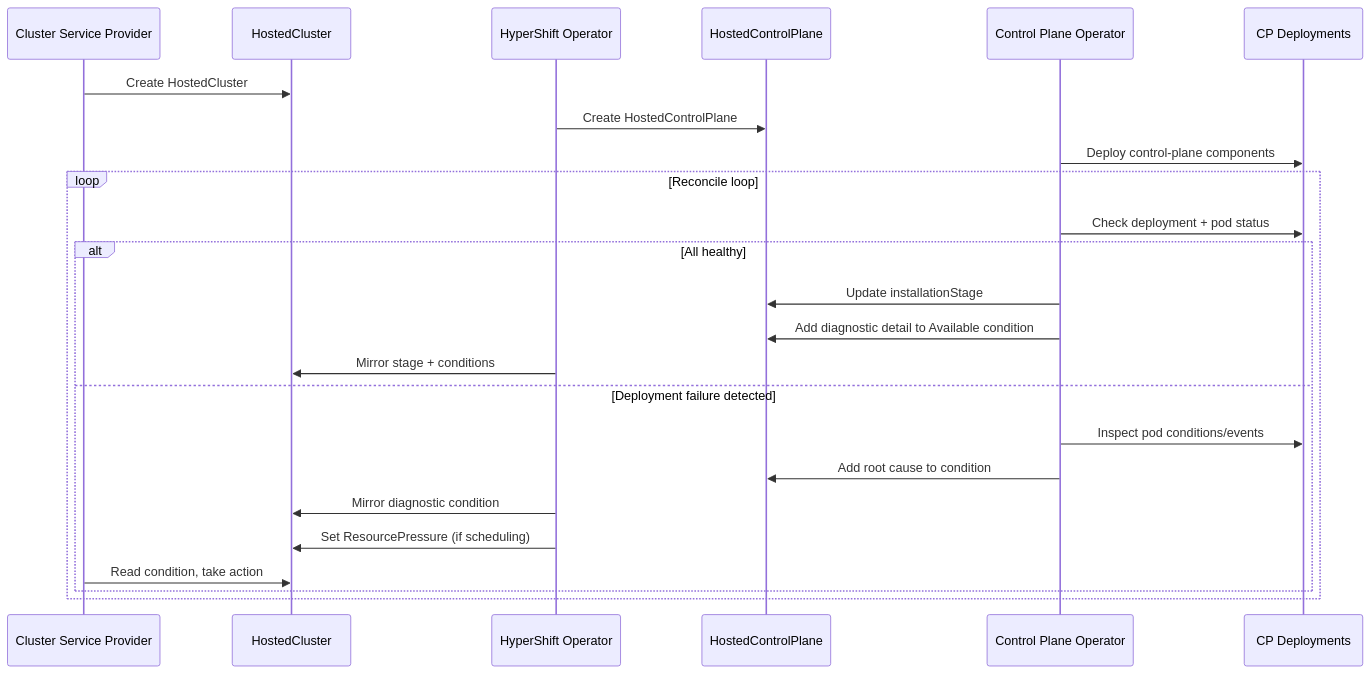
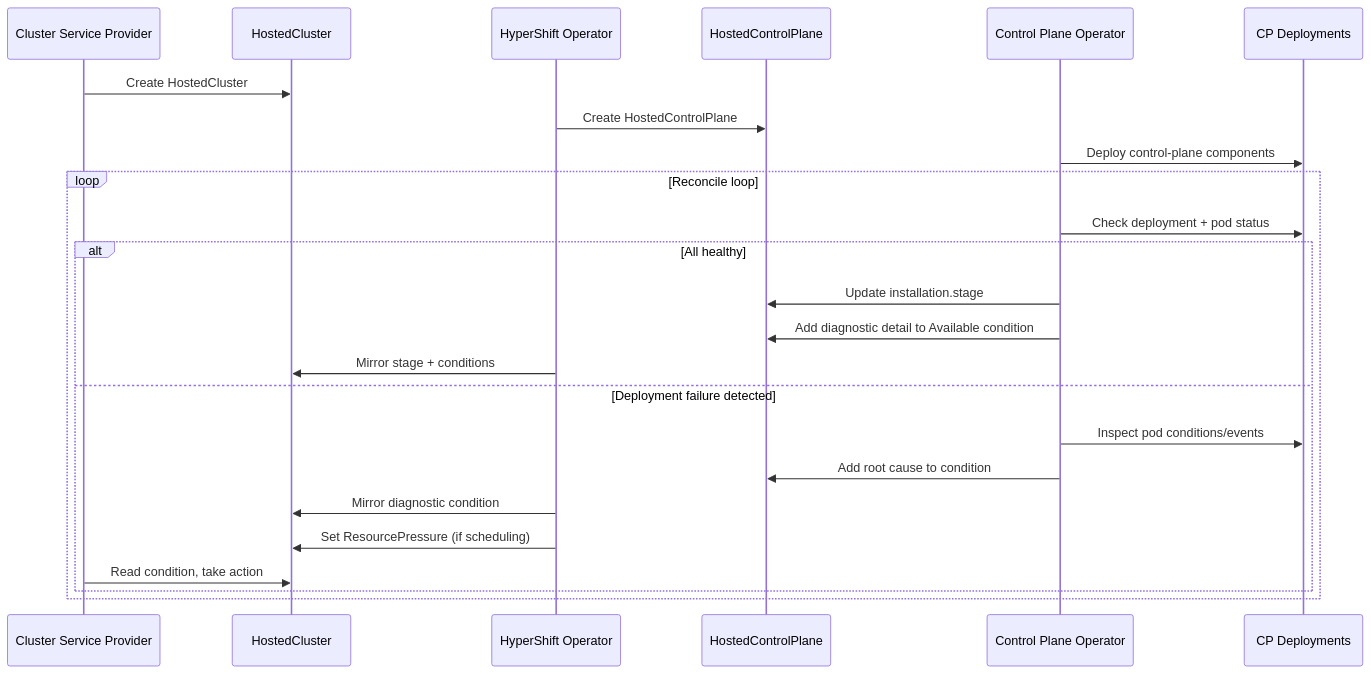
One commit to openshift/enhancements changed the second of 2 diagrams in enhancements/hypershift/installation-failure-debuggability.md. Above: the diagram before and after it, drawn with Mermaid. The commit also changed other lines of this file, not shown here.

````diff
--- a/enhancements/hypershift/installation-failure-debuggability.md
+++ b/enhancements/hypershift/installation-failure-debuggability.md
@@ -549,27 +549,27 @@
 ```mermaid
 sequenceDiagram
     participant CSP as Cluster Service Provider
     participant HC as HostedCluster
     participant HO as HyperShift Operator
     participant HCP as HostedControlPlane
     participant CPO as Control Plane Operator
     participant Pods as CP Deployments
 
     CSP->>HC: Create HostedCluster
     HO->>HCP: Create HostedControlPlane
     CPO->>Pods: Deploy control-plane components
     loop Reconcile loop
         CPO->>Pods: Check deployment + pod status
         alt All healthy
-            CPO->>HCP: Update installationStage
+            CPO->>HCP: Update installation.stage
             CPO->>HCP: Add diagnostic detail to Available condition
             HO->>HC: Mirror stage + conditions
         else Deployment failure detected
             CPO->>Pods: Inspect pod conditions/events
             CPO->>HCP: Add root cause to condition
             HO->>HC: Mirror diagnostic condition
             HO->>HC: Set ResourcePressure (if scheduling)
             CSP->>HC: Read condition, take action
         end
     end
 ```
````
